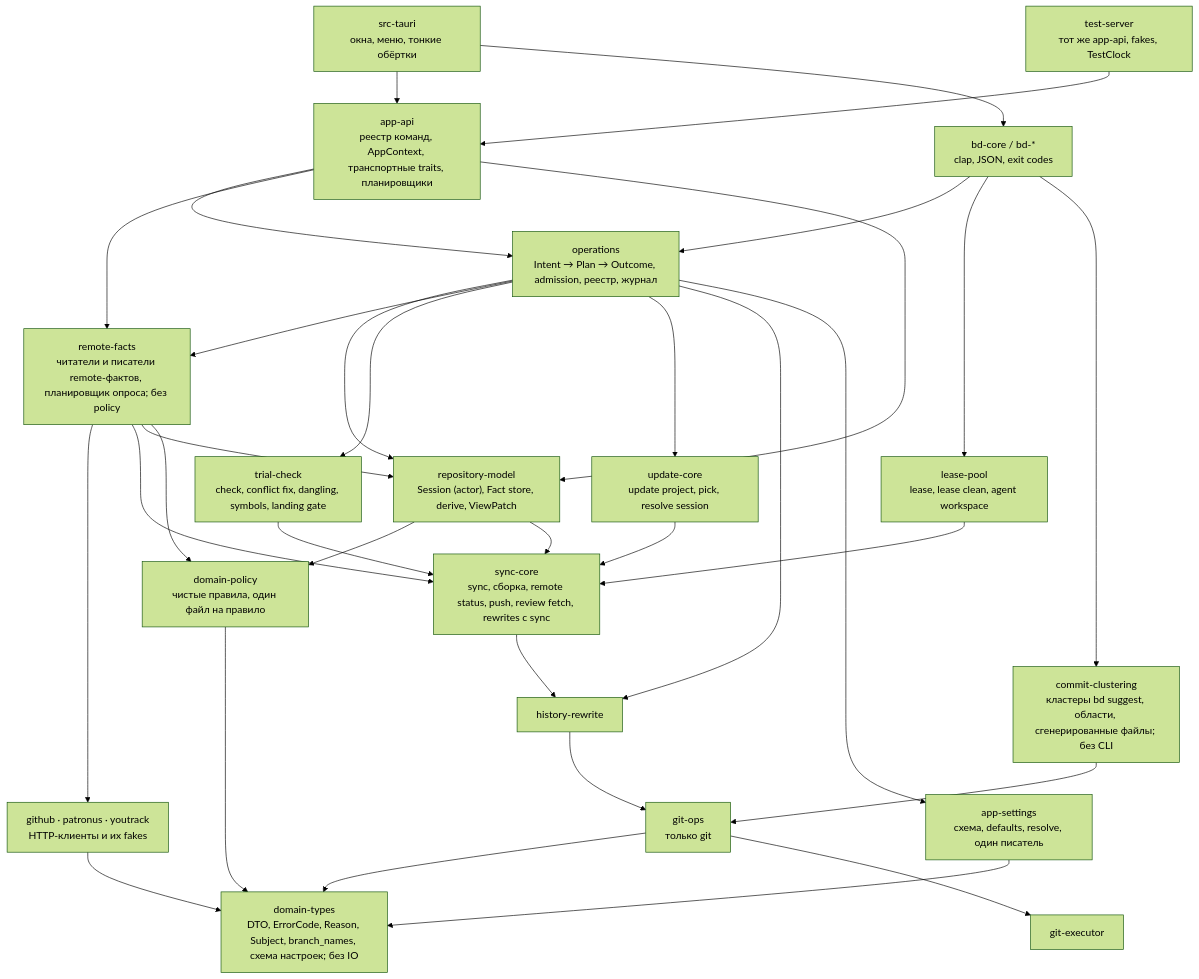
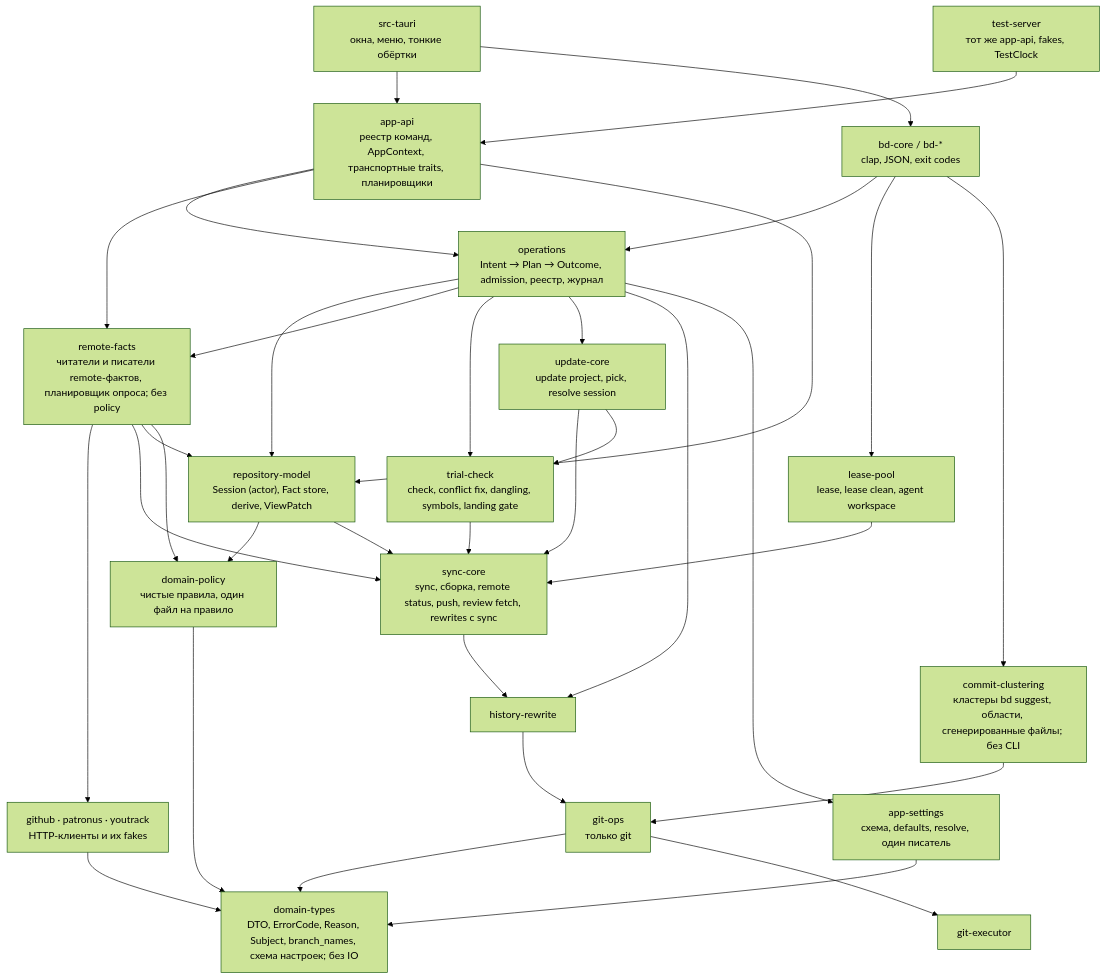
The first of 2 diagrams in docs/design/rust-domain-authority.md (develar/branch-deck), drawn with Mermaid (forest theme) before and after one commit. The commit also changed other lines of this file, not shown here.

Commit message:
docs(architecture): s3-crates planning notes: the cut lines inside sync-core, update-core → trial-check, the detection tests that sync stay with sync-core

````diff
--- a/docs/design/rust-domain-authority.md
+++ b/docs/design/rust-domain-authority.md
@@ -230,23 +230,23 @@
 ```mermaid
 flowchart TD
   T["domain-types<br/>DTO, ErrorCode, Reason, Subject, branch_names, схема настроек; без IO"]
   P["domain-policy<br/>чистые правила, один файл на правило"] --> T
   E["git-executor"]
   G["git-ops<br/>только git"] --> T & E
   H["history-rewrite"] --> G
   S["sync-core<br/>sync, сборка, remote status, push, review fetch, rewrites с sync"] --> H
   C["trial-check<br/>check, conflict fix, dangling, symbols, landing gate"] --> S
-  U["update-core<br/>update project, pick, resolve session"] --> S
+  U["update-core<br/>update project, pick, resolve session"] --> S & C
   L["lease-pool<br/>lease, lease clean, agent workspace"] --> S
   CL["commit-clustering<br/>кластеры bd suggest, области, сгенерированные файлы; без CLI"] --> G
   GH["github · patronus · youtrack<br/>HTTP-клиенты и их fakes"] --> T
   RF["remote-facts<br/>читатели и писатели remote-фактов, планировщик опроса; без policy"] --> GH & S & M & P
   M["repository-model<br/>Session (actor), Fact store, derive, ViewPatch"] --> P & S
   ST["app-settings<br/>схема, defaults, resolve, один писатель"] --> T
   O["operations<br/>Intent → Plan → Outcome, admission, реестр, журнал"] --> M & RF & C & U & H & ST
   API["app-api<br/>реестр команд, AppContext, транспортные traits, планировщики"] --> O & RF & M
   TAURI["src-tauri<br/>окна, меню, тонкие обёртки"] --> API
   TS["test-server<br/>тот же app-api, fakes, TestClock"] --> API
   BD["bd-core / bd-*<br/>clap, JSON, exit codes"] --> O & L & CL
   TAURI --> BD
 ```
````
